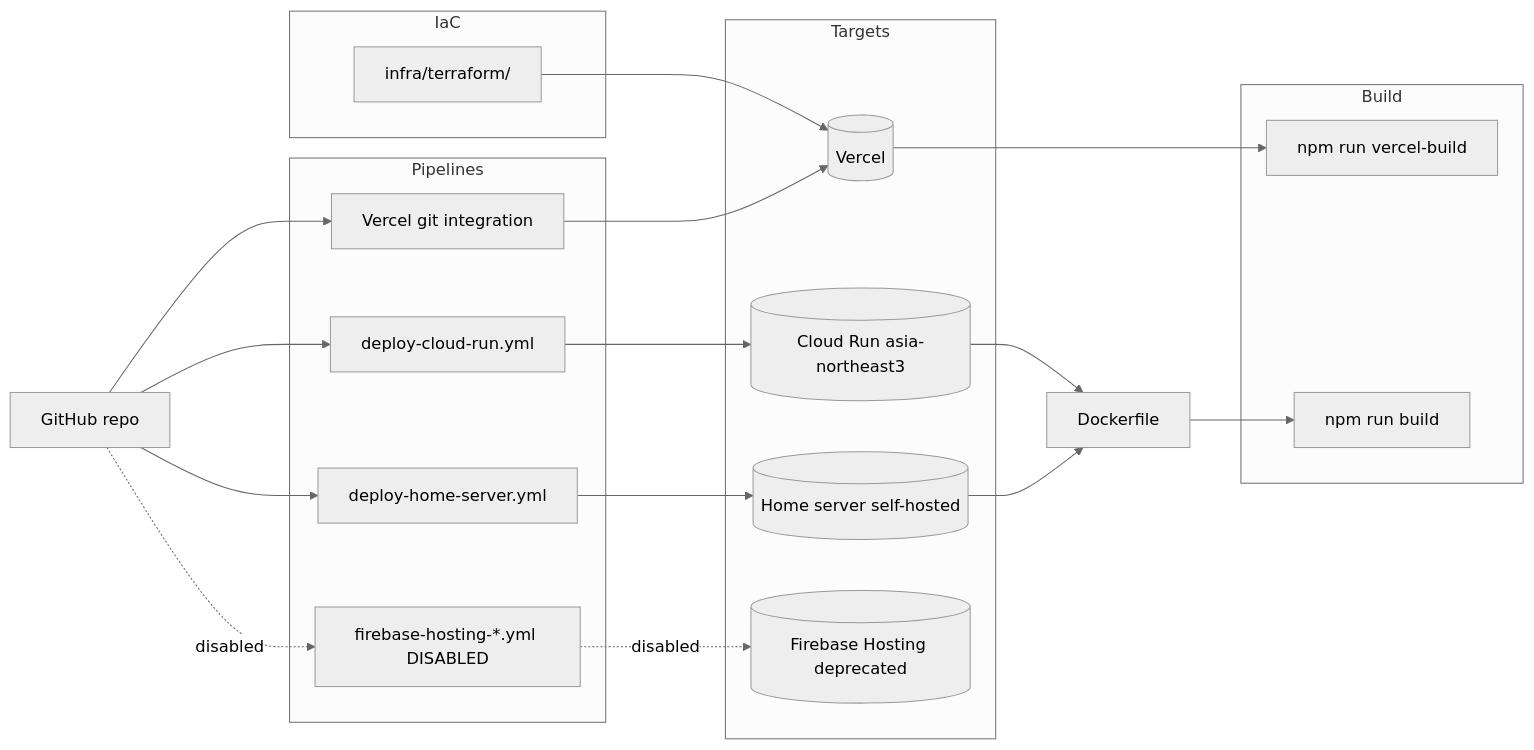
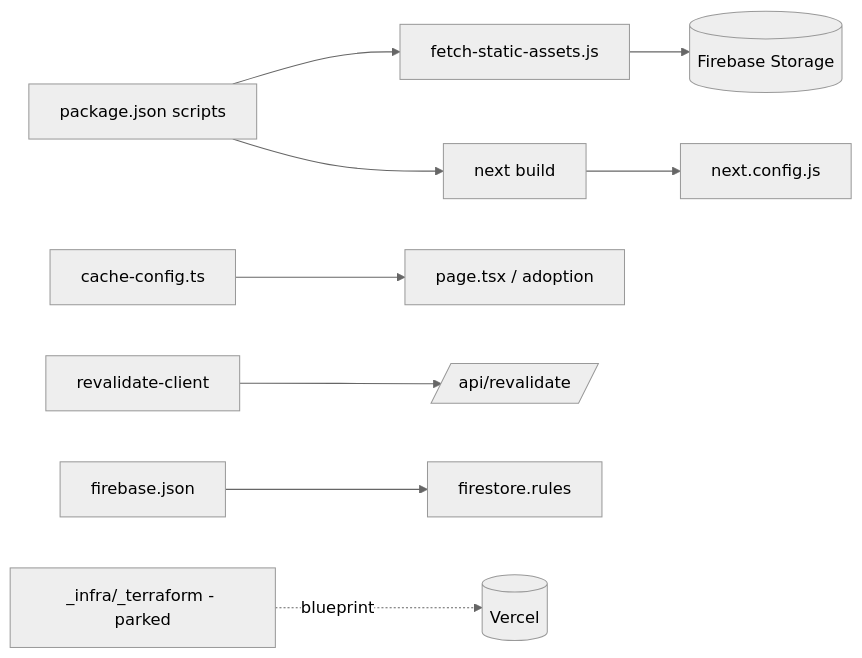
The second of 2 diagrams in docs/codebase/deployment-and-build.md (wwolfyy/mohocat), drawn with Mermaid (neutral theme) before and after one commit. The commit also changed other lines of this file and 12 other files, not shown here.

````diff
--- a/docs/codebase/deployment-and-build.md
+++ b/docs/codebase/deployment-and-build.md
@@ -104,38 +45,11 @@
 ```mermaid
 graph LR
-    Repo[GitHub repo]
-
-    subgraph Targets
-        Vercel[(Vercel)]
-        CloudRun[(Cloud Run asia-northeast3)]
-        Home[(Home server self-hosted)]
-        FBHost[(Firebase Hosting deprecated)]
-    end
-
-    subgraph Pipelines
-        VercelGit[Vercel git integration]
-        CRWF[deploy-cloud-run.yml]
-        HomeWF[deploy-home-server.yml]
-        FBWF[firebase-hosting-*.yml DISABLED]
-    end
-
-    Repo --> VercelGit --> Vercel
-    Repo --> CRWF --> CloudRun
-    Repo --> HomeWF --> Home
-    Repo -.->|disabled| FBWF -.->|disabled| FBHost
-
-    subgraph Build
-        BuildScript[npm run build]
-        VercelBuild[npm run vercel-build]
-    end
-
-    Vercel --> VercelBuild
-    CloudRun --> Dockerfile
-    Home --> Dockerfile
-    Dockerfile --> BuildScript
-
-    subgraph IaC
-        TF[infra/terraform/]
-    end
-    TF --> Vercel
+    PkgJson[package.json scripts] --> FetchAssets[fetch-static-assets.js]
+    FetchAssets --> Storage[(Firebase Storage)]
+    PkgJson --> NextBuild[next build]
+    NextBuild --> NextCfg[next.config.js]
+    CacheCfg[cache-config.ts] --> Page[page.tsx / adoption]
+    RevalClient[revalidate-client] --> RevalRoute[/api/revalidate/]
+    FirebaseJson[firebase.json] --> Rules[firestore.rules]
+    Terraform[_infra/_terraform - parked] -.blueprint.-> Vercel[(Vercel)]
 ```
````
